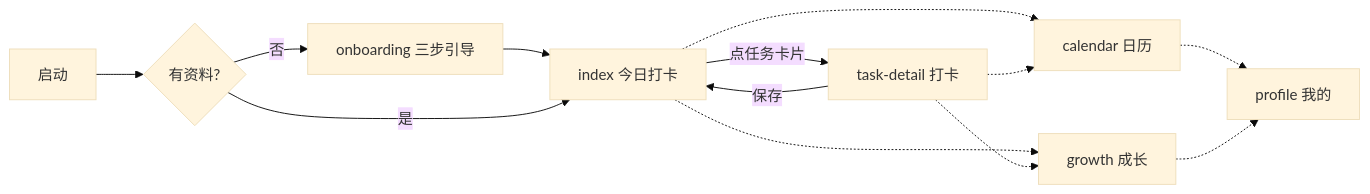
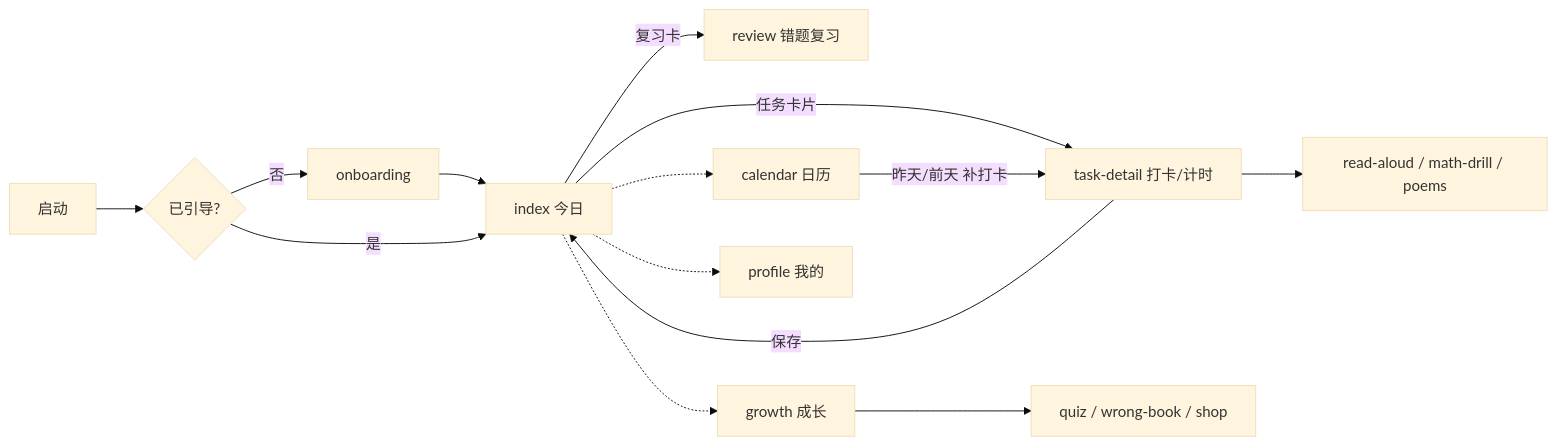
One commit to fengqiliu/tiantian-daka changed the diagram in docs/design.md. Above: the diagram before and after it, drawn with Mermaid (base theme). The commit also changed other lines of this file and 4 other files, not shown here.

````diff
--- a/docs/design.md
+++ b/docs/design.md
@@ -17,12 +32,16 @@
 ```mermaid
 graph LR
-  A[启动] --> B{有资料?}
-  B -- 否 --> C[onboarding 三步引导]
-  C --> D[index 今日打卡]
+  A[启动] --> B{已引导?}
+  B -- 否 --> C[onboarding]
+  C --> D[index 今日]
   B -- 是 --> D
-  D -->|点任务卡片| E[task-detail 打卡]
+  D -->|任务卡片| E[task-detail 打卡/计时]
   E -->|保存| D
-  D & E -.-> F[calendar 日历]
-  D & E -.-> G[growth 成长]
-  F & G -.-> H[profile 我的]
+  E --> R1[read-aloud / math-drill / poems]
+  D -->|复习卡| RV[review 错题复习]
+  D -.-> F[calendar 日历]
+  F -->|昨天/前天 补打卡| E
+  D -.-> G[growth 成长]
+  G --> Q[quiz / wrong-book / shop]
+  D -.-> H[profile 我的]
 ```
````
